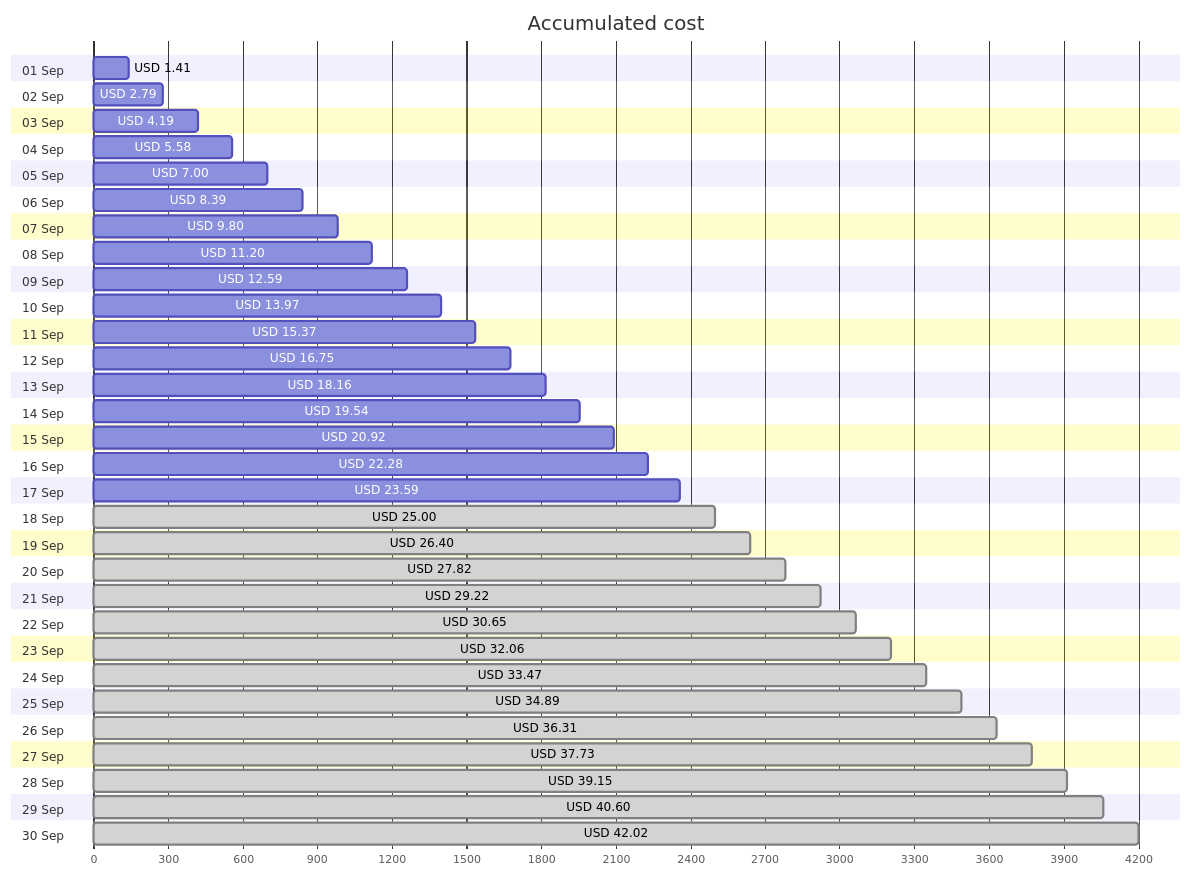
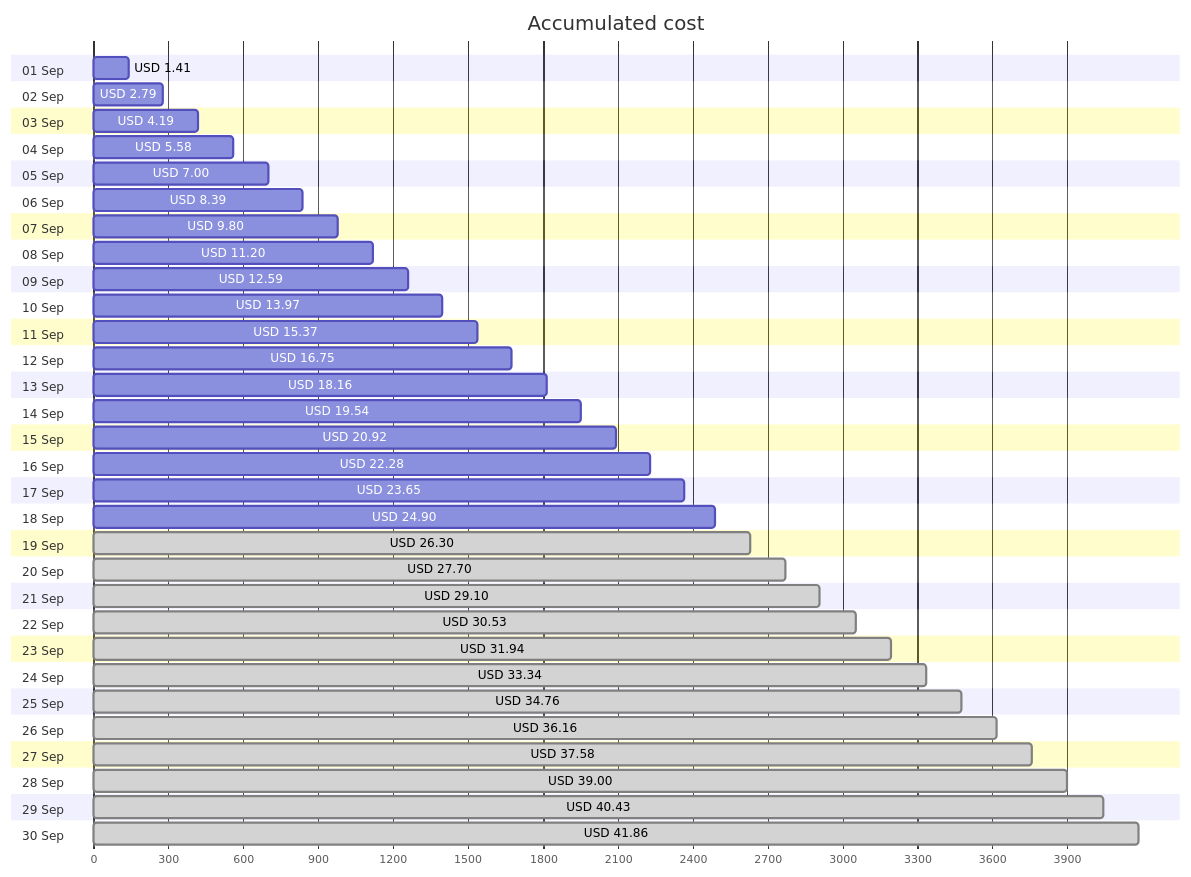
The first of 4 diagrams in cost-reports/personal-network/backup-data-disk.md (jpfulton/azure-personal-reports), drawn with Mermaid before and after one commit. The commit also changed other lines of this file and 17 other files, not shown here.

````diff
--- a/cost-reports/personal-network/backup-data-disk.md
+++ b/cost-reports/personal-network/backup-data-disk.md
@@ -20,66 +20,66 @@
 ```mermaid
 gantt
    title Accumulated cost
    dateFormat  X
    axisFormat %s
    section 01 Sep
    USD 1.41 :0, 141
    section 02 Sep
    USD 2.79 :0, 279
    section 03 Sep
    USD 4.19 :0, 419
    section 04 Sep
    USD 5.58 :0, 558
    section 05 Sep
    USD 7.00 :0, 700
    section 06 Sep
    USD 8.39 :0, 839
    section 07 Sep
    USD 9.80 :0, 980
    section 08 Sep
    USD 11.20 :0, 1120
    section 09 Sep
    USD 12.59 :0, 1259
    section 10 Sep
    USD 13.97 :0, 1397
    section 11 Sep
    USD 15.37 :0, 1537
    section 12 Sep
    USD 16.75 :0, 1675
    section 13 Sep
    USD 18.16 :0, 1816
    section 14 Sep
    USD 19.54 :0, 1954
    section 15 Sep
    USD 20.92 :0, 2092
    section 16 Sep
    USD 22.28 :0, 2228
    section 17 Sep
-   USD 23.59 :0, 2359
+   USD 23.65 :0, 2365
    section 18 Sep
-   USD 25.00 : done, 0, 2500
+   USD 24.90 :0, 2490
    section 19 Sep
-   USD 26.40 : done, 0, 2640
+   USD 26.30 : done, 0, 2630
    section 20 Sep
-   USD 27.82 : done, 0, 2782
+   USD 27.70 : done, 0, 2770
    section 21 Sep
-   USD 29.22 : done, 0, 2922
+   USD 29.10 : done, 0, 2910
    section 22 Sep
-   USD 30.65 : done, 0, 3065
+   USD 30.53 : done, 0, 3053
    section 23 Sep
-   USD 32.06 : done, 0, 3206
+   USD 31.94 : done, 0, 3194
    section 24 Sep
-   USD 33.47 : done, 0, 3347
+   USD 33.34 : done, 0, 3334
    section 25 Sep
-   USD 34.89 : done, 0, 3489
+   USD 34.76 : done, 0, 3476
    section 26 Sep
-   USD 36.31 : done, 0, 3631
+   USD 36.16 : done, 0, 3616
    section 27 Sep
-   USD 37.73 : done, 0, 3773
+   USD 37.58 : done, 0, 3758
    section 28 Sep
-   USD 39.15 : done, 0, 3915
+   USD 39.00 : done, 0, 3900
    section 29 Sep
-   USD 40.60 : done, 0, 4060
+   USD 40.43 : done, 0, 4043
    section 30 Sep
-   USD 42.02 : done, 0, 4202
+   USD 41.86 : done, 0, 4186
 ```
````
